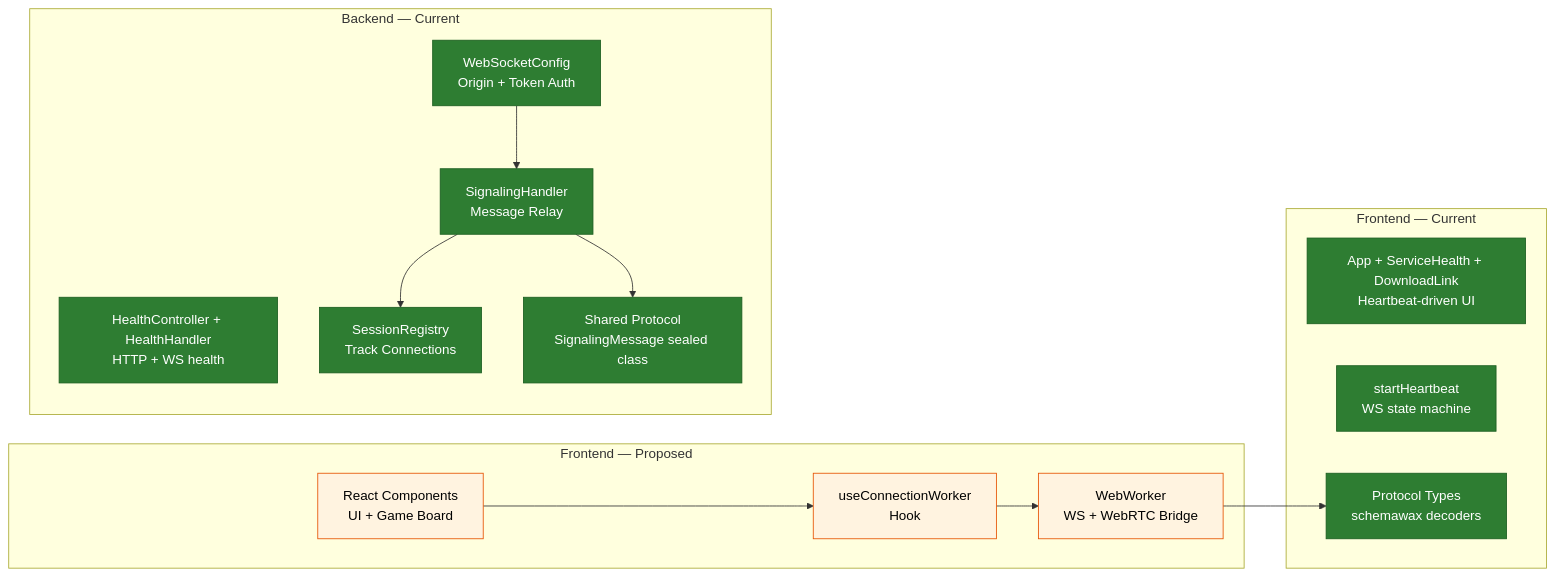
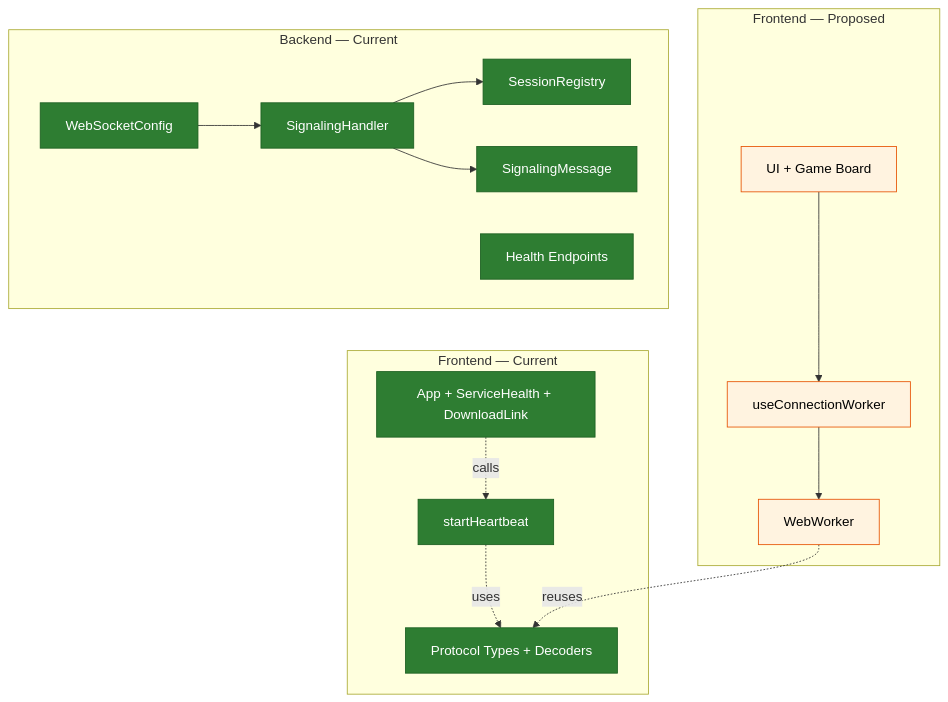
Before and after one commit to RyanDur/battleship: the fourth of 5 diagrams in docs/architecture.md, drawn with Mermaid. The commit also changed other lines of this file, not shown here.

Commit message:
Improve architecture diagram layout with nested subgraphs and legend table

````diff
--- a/docs/architecture.md
+++ b/docs/architecture.md
@@ -186,40 +208,33 @@
 ```mermaid
-graph LR
+graph TB
     subgraph "Frontend — Current"
-        RC_C[App + ServiceHealth + DownloadLink<br/>Heartbeat-driven UI]
-        HB_C[startHeartbeat<br/>WS state machine]
-        PT_C[Protocol Types<br/>schemawax decoders]
+        RC_C[App + ServiceHealth + DownloadLink]
+        HB_C[startHeartbeat]
+        PT_C[Protocol Types + Decoders]
+        RC_C -.->|calls| HB_C
+        HB_C -.->|uses| PT_C
     end
 
     subgraph "Frontend — Proposed"
-        RC[React Components<br/>UI + Game Board]
-        HK[useConnectionWorker<br/>Hook]
-        WK[WebWorker<br/>WS + WebRTC Bridge]
+        RC[UI + Game Board] --> HK[useConnectionWorker] --> WK[WebWorker]
+        WK -.->|reuses| PT_C
     end
 
     subgraph "Backend — Current"
-        HC[HealthController + HealthHandler<br/>HTTP + WS health]
-        WC[WebSocketConfig<br/>Origin + Token Auth]
-        SH[SignalingHandler<br/>Message Relay]
-        SR[SessionRegistry<br/>Track Connections]
-        SP[Shared Protocol<br/>SignalingMessage sealed class]
+        WC[WebSocketConfig] --> SH[SignalingHandler] --> SR[SessionRegistry]
+        SH --> SP[SignalingMessage]
+        HC[Health Endpoints]
     end
-
-    RC --> HK --> WK
-    WK --> PT_C
-    SH --> SR
-    SH --> SP
-    WC --> SH
 
     style RC_C fill:#2e7d32,stroke:#1b5e20,color:#fff
     style HB_C fill:#2e7d32,stroke:#1b5e20,color:#fff
     style PT_C fill:#2e7d32,stroke:#1b5e20,color:#fff
     style HC fill:#2e7d32,stroke:#1b5e20,color:#fff
     style WC fill:#2e7d32,stroke:#1b5e20,color:#fff
     style SH fill:#2e7d32,stroke:#1b5e20,color:#fff
     style SR fill:#2e7d32,stroke:#1b5e20,color:#fff
     style SP fill:#2e7d32,stroke:#1b5e20,color:#fff
     style RC fill:#fff3e0,stroke:#e65100,color:#000
     style HK fill:#fff3e0,stroke:#e65100,color:#000
     style WK fill:#fff3e0,stroke:#e65100,color:#000
 ```
````
